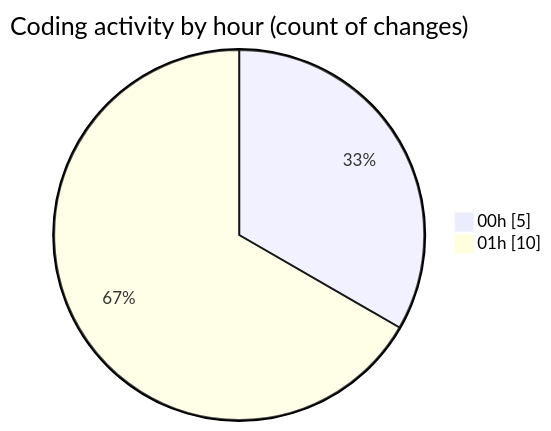
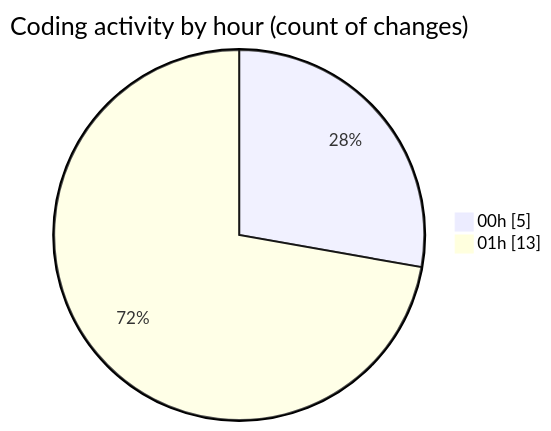
One commit to EIIisD/code-tracking changed the second of 2 diagrams in 2025-08-04/tw-server/README.md. Above: the diagram before and after it, drawn with Mermaid. The commit also changed other lines of this file and 1 other file, not shown here.

````diff
--- a/2025-08-04/tw-server/README.md
+++ b/2025-08-04/tw-server/README.md
@@ -29,6 +29,6 @@
 ```mermaid
 pie showData
 title Coding activity by hour (count of changes)
 "00h" : 5
-"01h" : 10
+"01h" : 13
 ```
````
